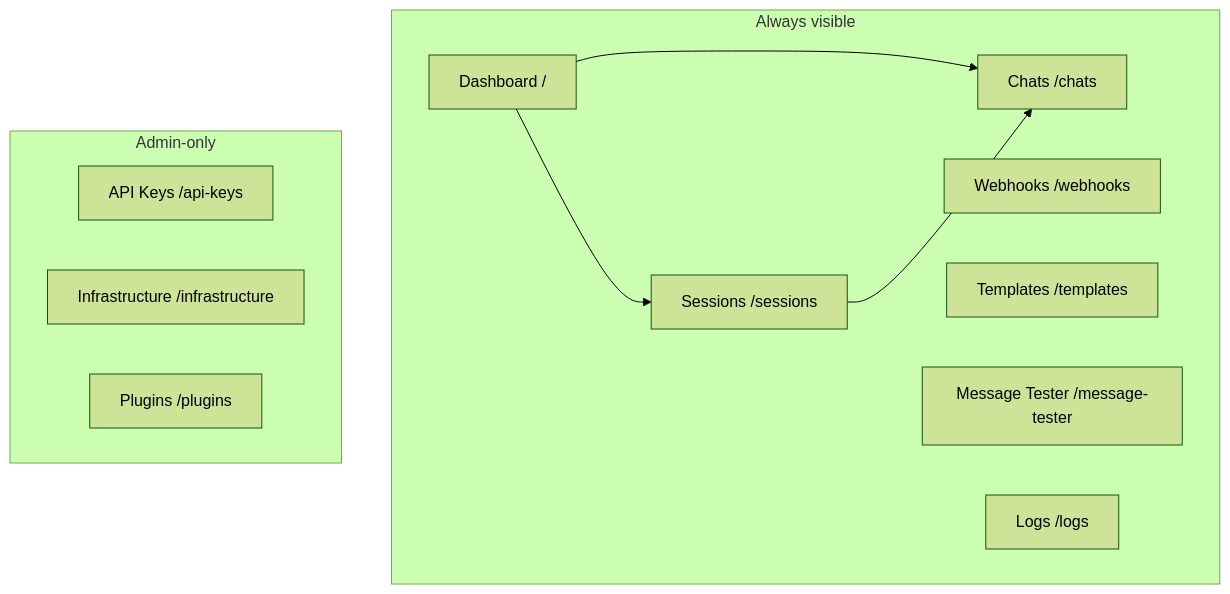
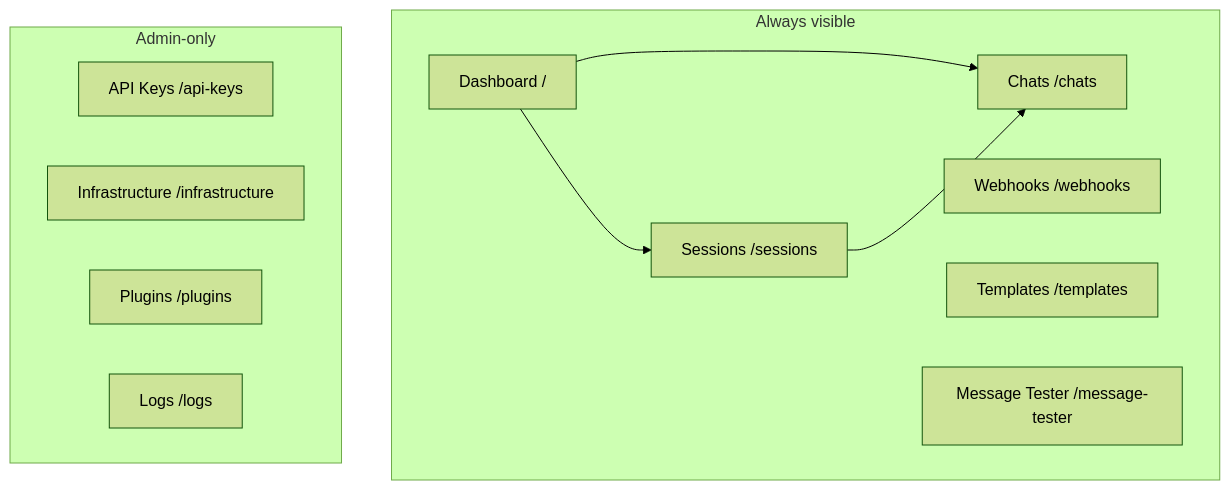
The second of 2 diagrams in docs/17-dashboard-design.md (AntoineTROOVY/Sherlo), drawn with Mermaid (forest theme) before and after one commit. The commit also changed other lines of this file, not shown here.

First line of the commit message:
docs(dashboard): mark the Logs page admin-only

````diff
--- a/docs/17-dashboard-design.md
+++ b/docs/17-dashboard-design.md
@@ -75,22 +75,22 @@
 ```mermaid
 flowchart TB
     subgraph "Always visible"
         HOME[Dashboard /]
         SESSIONS[Sessions /sessions]
         CHATS[Chats /chats]
         WEBHOOKS[Webhooks /webhooks]
         TEMPLATES[Templates /templates]
         TESTER[Message Tester /message-tester]
-        LOGS[Logs /logs]
     end
 
     subgraph "Admin-only"
         APIKEYS[API Keys /api-keys]
         INFRA[Infrastructure /infrastructure]
         PLUGINS[Plugins /plugins]
+        LOGS[Logs /logs]
     end
 
     HOME --> SESSIONS
     HOME --> CHATS
     SESSIONS --> CHATS
 ```
````
